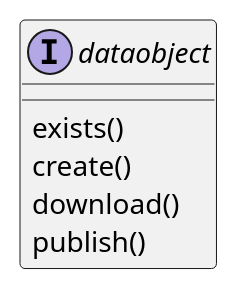
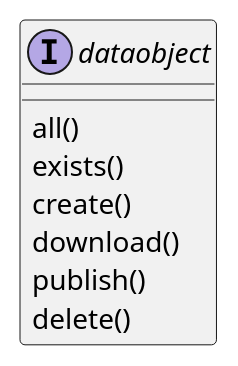
The diagram in doc/interface.pu (CPNV-ES-BI/BI_NODE_AZURE), drawn with PlantUML before and after one commit. The commit also changed 3 other files, not shown here.

```diff
--- a/doc/interface.pu
+++ b/doc/interface.pu
@@ -1,8 +1,10 @@
 @startuml
 Interface dataobject{
+  all()
   exists()
   create()
   download()
   publish()
+  delete()
 }
 @enduml
```
